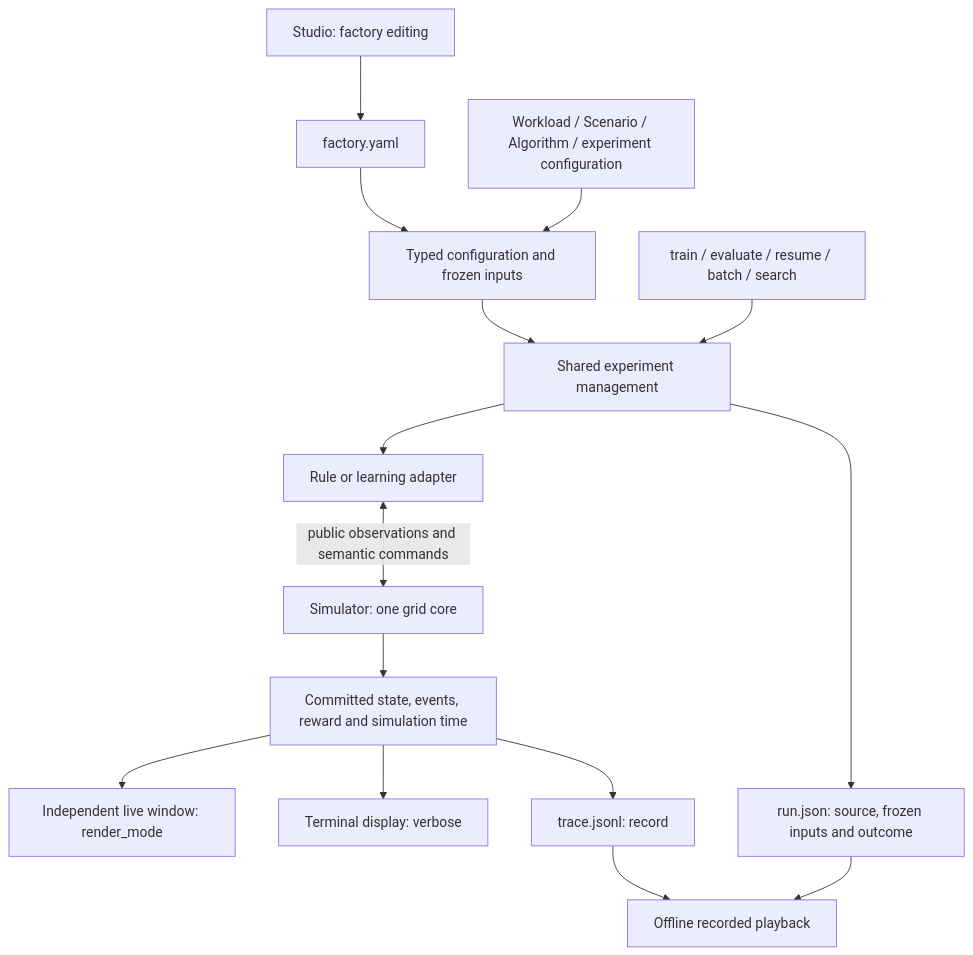
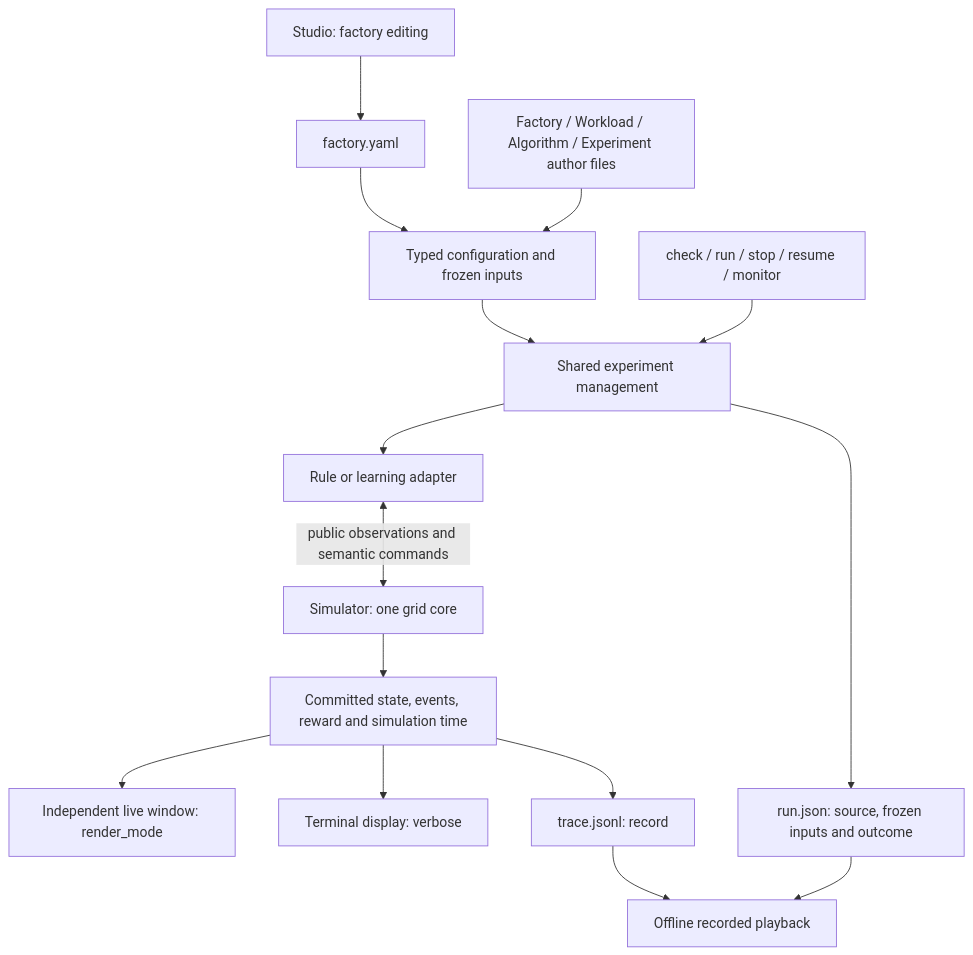
The diagram in docs/architecture.md (jian2028/SmartSOM), drawn with Mermaid before and after one commit. The commit also changed other lines of this file and 35 other files, not shown here.

````diff
--- a/docs/architecture.md
+++ b/docs/architecture.md
@@ -12,17 +12,17 @@
 ```mermaid
 flowchart TD
     S["Studio: factory editing"] --> F["factory.yaml"]
     F --> C["Typed configuration and frozen inputs"]
-    Y["Workload / Scenario / Algorithm / experiment configuration"] --> C
-    U["train / evaluate / resume / batch / search"] --> E["Shared experiment management"]
+    Y["Factory / Workload / Algorithm / Experiment author files"] --> C
+    U["check / run / stop / resume / monitor"] --> E["Shared experiment management"]
     C --> E
     E --> A["Rule or learning adapter"]
     A <-->|"public observations and semantic commands"| K["Simulator: one grid core"]
     K --> T["Committed state, events, reward and simulation time"]
     T --> H["Independent live window: render_mode"]
     T --> D["Terminal display: verbose"]
     T --> L["trace.jsonl: record"]
     E --> R["run.json: source, frozen inputs and outcome"]
     R --> P["Offline recorded playback"]
     L --> P
 ```
````
